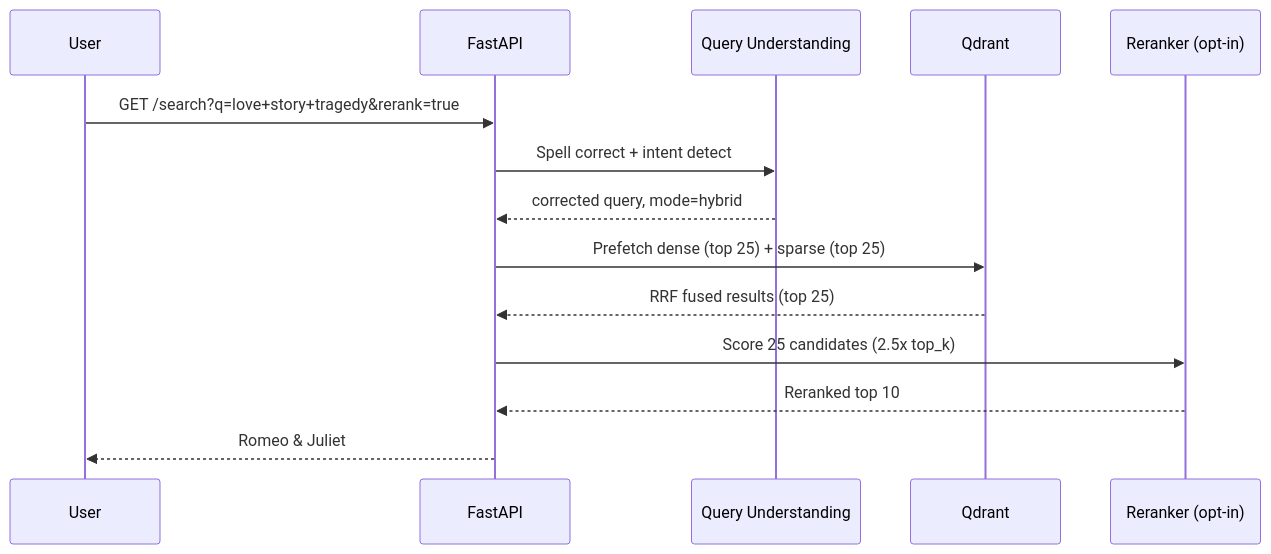
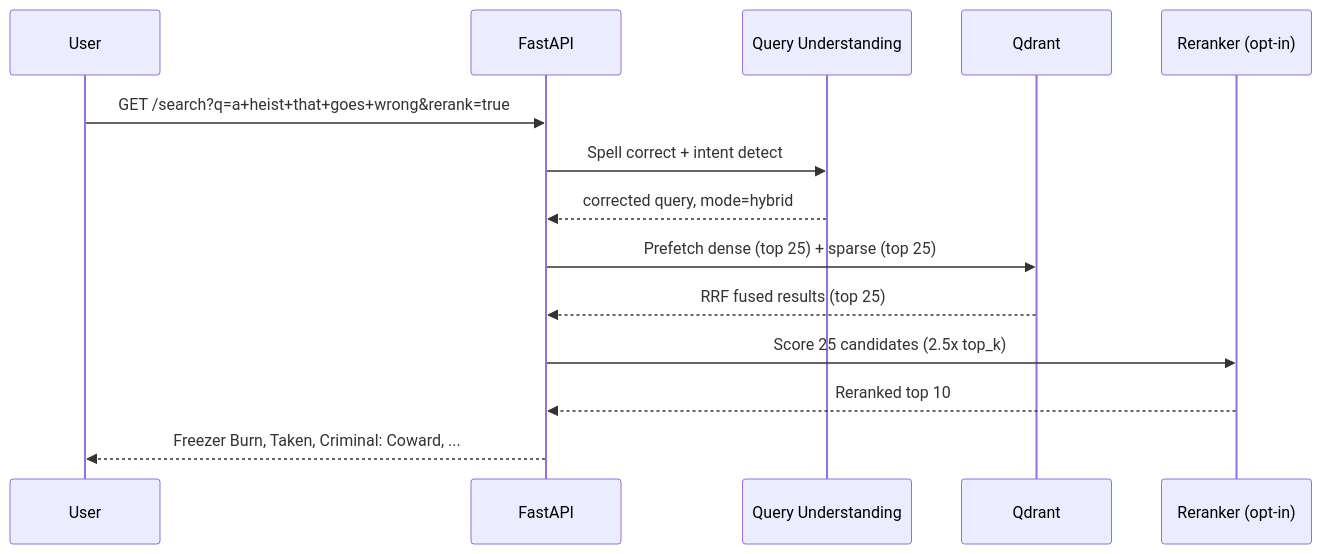
One commit to TruaShamu/ai-search changed the second of 4 diagrams in README.md. Above: the diagram before and after it, drawn with Mermaid. The commit also changed other lines of this file, not shown here.

````diff
--- a/README.md
+++ b/README.md
@@ -53,17 +55,17 @@
 ```mermaid
 sequenceDiagram
     participant User
     participant API as FastAPI
     participant QU as Query Understanding
     participant Q as Qdrant
     participant RR as Reranker (opt-in)
 
-    User->>API: GET /search?q=love+story+tragedy&rerank=true
+    User->>API: GET /search?q=a+heist+that+goes+wrong&rerank=true
     API->>QU: Spell correct + intent detect
     QU-->>API: corrected query, mode=hybrid
     API->>Q: Prefetch dense (top 25) + sparse (top 25)
     Q-->>API: RRF fused results (top 25)
     API->>RR: Score 25 candidates (2.5x top_k)
     RR-->>API: Reranked top 10
-    API-->>User: Romeo & Juliet #1, Carmen #2, ...
+    API-->>User: Freezer Burn, Taken, Criminal: Coward, ...
 ```
````
